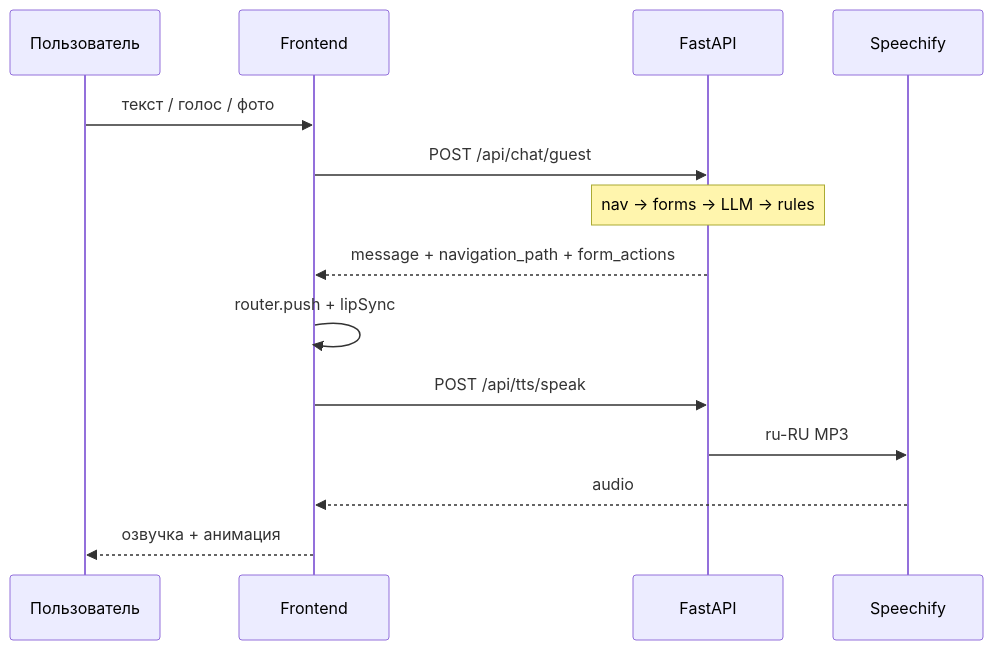
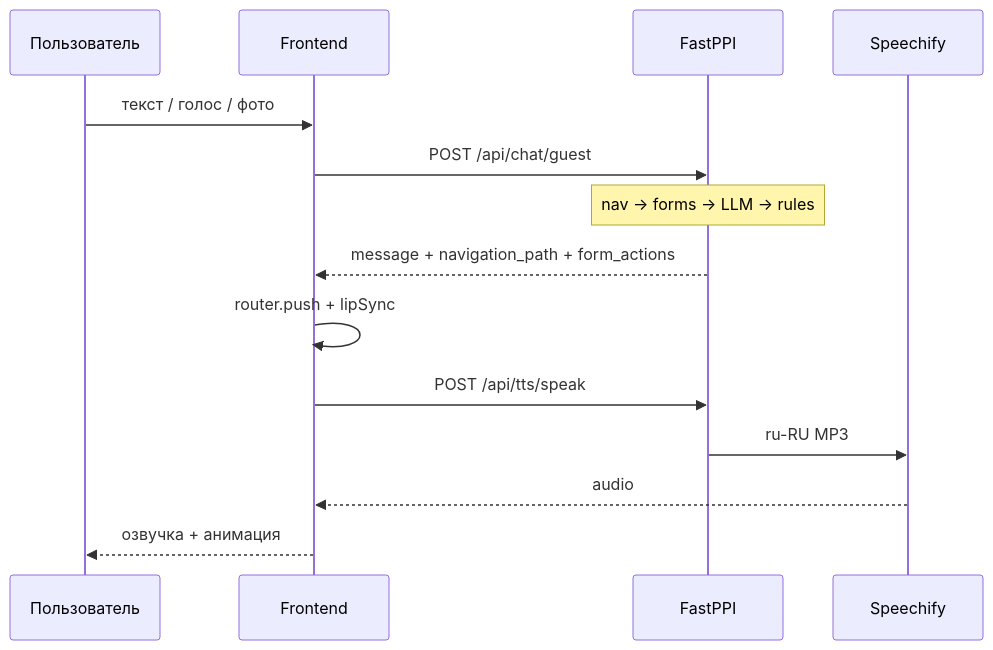
The fifth of 5 diagrams in docs/ARCHITECTURE.md (grrraaaa/mvp), drawn with Mermaid before and after one commit. The commit also changed other lines of this file and 112 other files, not shown here.

````diff
--- a/docs/ARCHITECTURE.md
+++ b/docs/ARCHITECTURE.md
@@ -117,17 +117,17 @@
 ```mermaid
 sequenceDiagram
     participant U as Пользователь
     participant FE as Frontend
-    participant BE as FastAPI
+    participant BE as FastPPI
     participant SP as Speechify
 
     U->>FE: текст / голос / фото
     FE->>BE: POST /api/chat/guest
     Note over BE: nav → forms → LLM → rules
     BE-->>FE: message + navigation_path + form_actions
     FE->>FE: router.push + lipSync
     FE->>BE: POST /api/tts/speak
     BE->>SP: ru-RU MP3
     SP-->>FE: audio
     FE-->>U: озвучка + анимация
 ```
````
